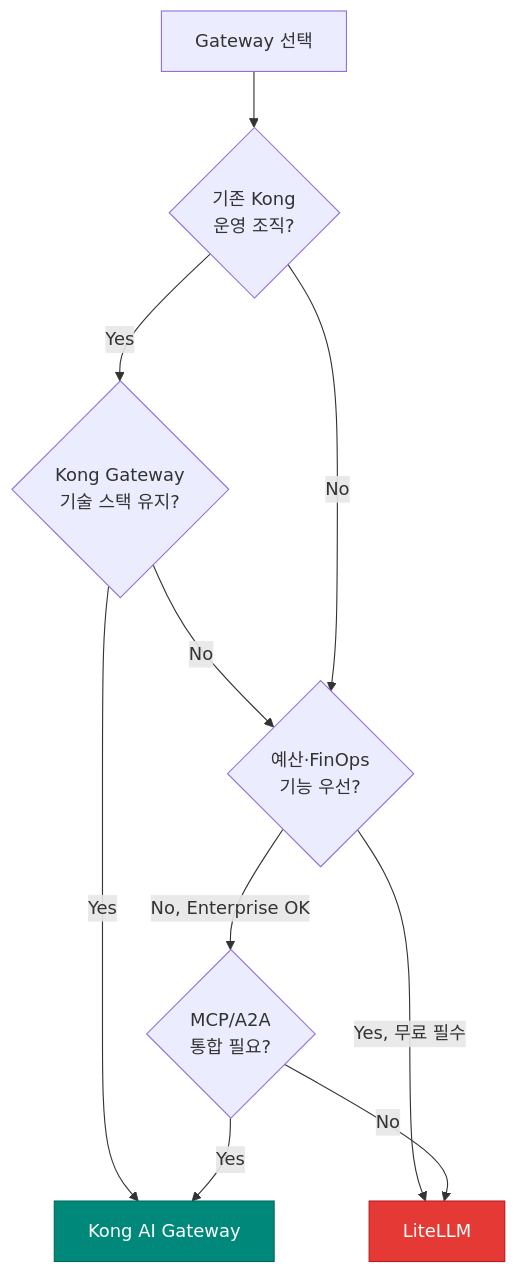
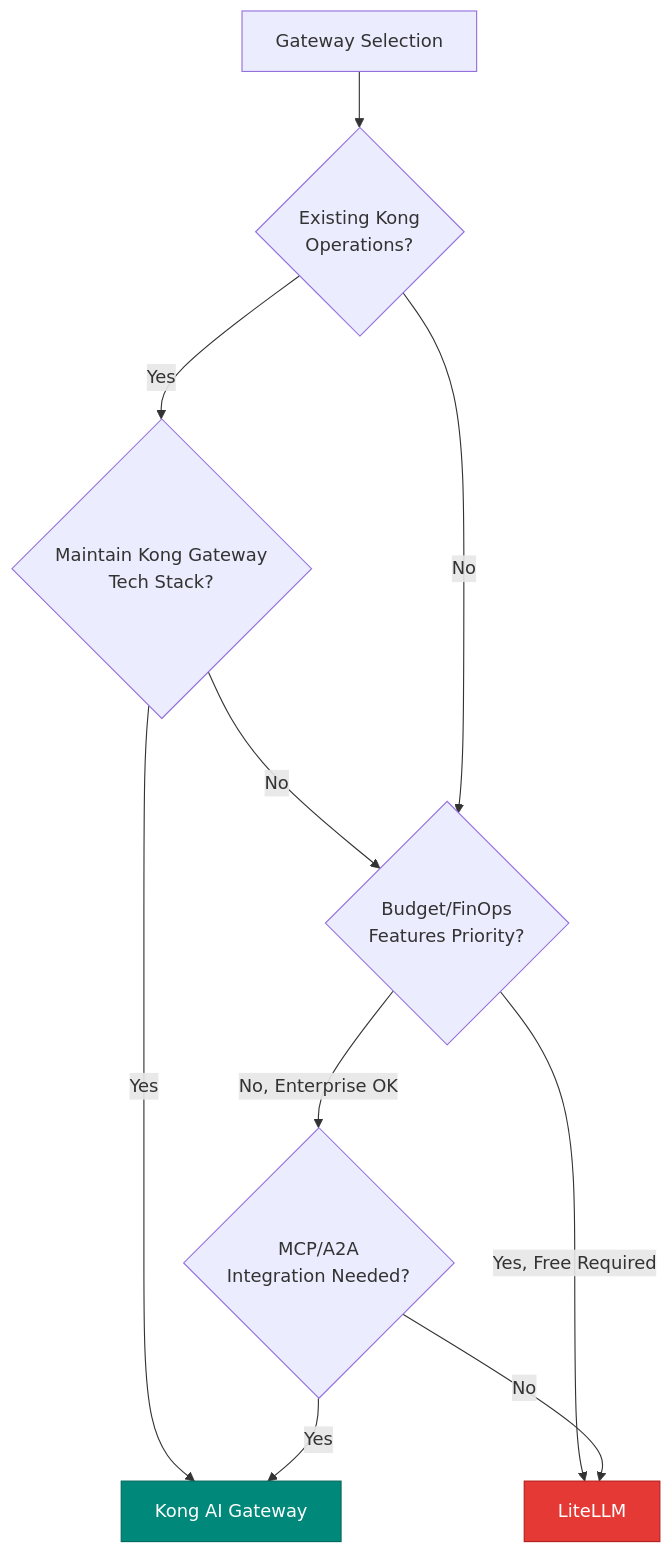
Before and after one commit to devfloor9/engineering-playbook: the first of 2 diagrams in docs/agentic-ai-platform/operations-mlops/governance/ai-gateway-multi-tenancy.md, drawn with Mermaid. The commit also changed other lines of this file and 954 other files, not shown here.

````diff
--- a/docs/agentic-ai-platform/operations-mlops/governance/ai-gateway-multi-tenancy.md
+++ b/docs/agentic-ai-platform/operations-mlops/governance/ai-gateway-multi-tenancy.md
@@ -156,15 +156,15 @@
 ```mermaid
 flowchart TD
-    START[Gateway 선택] --> Q1{기존 Kong<br/>운영 조직?}
-    Q1 -->|Yes| Q2{Kong Gateway<br/>기술 스택 유지?}
+    START[Gateway Selection] --> Q1{Existing Kong<br/>Operations?}
+    Q1 -->|Yes| Q2{Maintain Kong Gateway<br/>Tech Stack?}
     Q2 -->|Yes| KONG[Kong AI Gateway]
-    Q2 -->|No| Q3{예산·FinOps<br/>기능 우선?}
+    Q2 -->|No| Q3{Budget/FinOps<br/>Features Priority?}
     Q1 -->|No| Q3
-    Q3 -->|Yes, 무료 필수| LITELLM[LiteLLM]
-    Q3 -->|No, Enterprise OK| Q4{MCP/A2A<br/>통합 필요?}
+    Q3 -->|Yes, Free Required| LITELLM[LiteLLM]
+    Q3 -->|No, Enterprise OK| Q4{MCP/A2A<br/>Integration Needed?}
     Q4 -->|Yes| KONG
     Q4 -->|No| LITELLM
 
     style KONG fill:#00897b,stroke:#00695c,color:#fff
     style LITELLM fill:#e53935,stroke:#b71c1c,color:#fff
 ```
````
